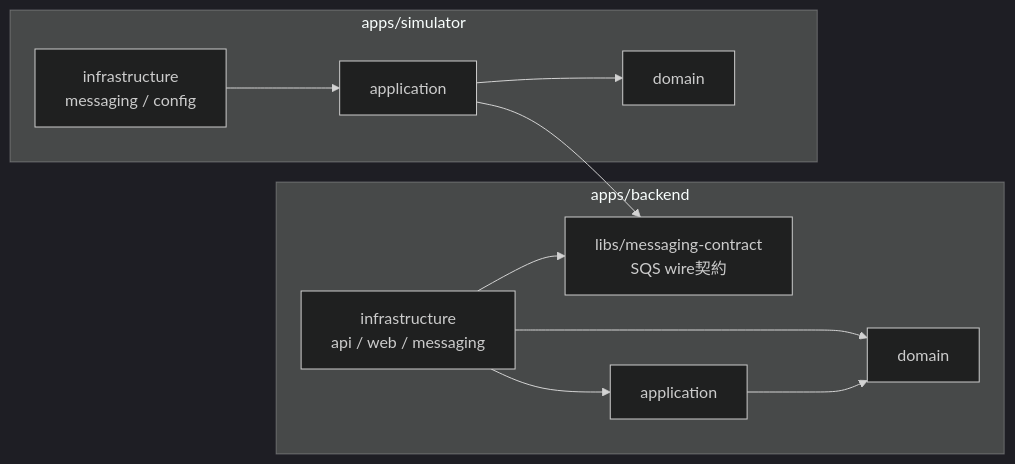
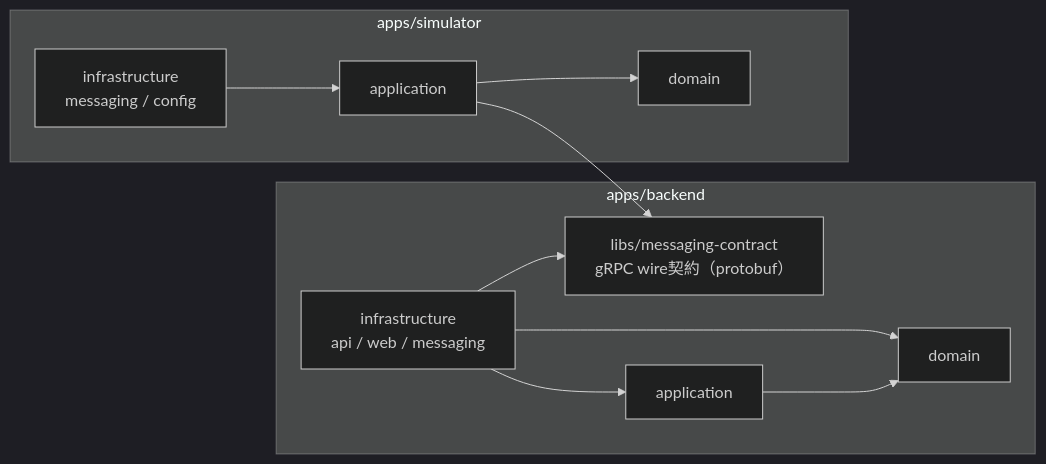
Before and after one commit to midetaro/baseball-orders: the first of 3 diagrams in README.md, drawn with Mermaid (dark theme). The commit also changed other lines of this file and 21 other files, not shown here.

First line of the commit message:
docs: describe the gRPC connection between backend and simulator in place of SQS

````diff
--- a/README.md
+++ b/README.md
@@ -106,17 +107,17 @@
 ```mermaid
 flowchart LR
-    contract["libs/messaging-contract<br/>SQS wire契約"]
+    contract["libs/messaging-contract<br/>gRPC wire契約（protobuf）"]
 
     subgraph backend["apps/backend"]
         bi["infrastructure<br/>api / web / messaging"] --> ba["application"]
         bi --> bd["domain"]
         ba --> bd
         bi --> contract
     end
 
     subgraph simulator["apps/simulator"]
         si["infrastructure<br/>messaging / config"] --> sa["application"]
         sa --> sd["domain"]
         sa --> contract
     end
 ```
````
